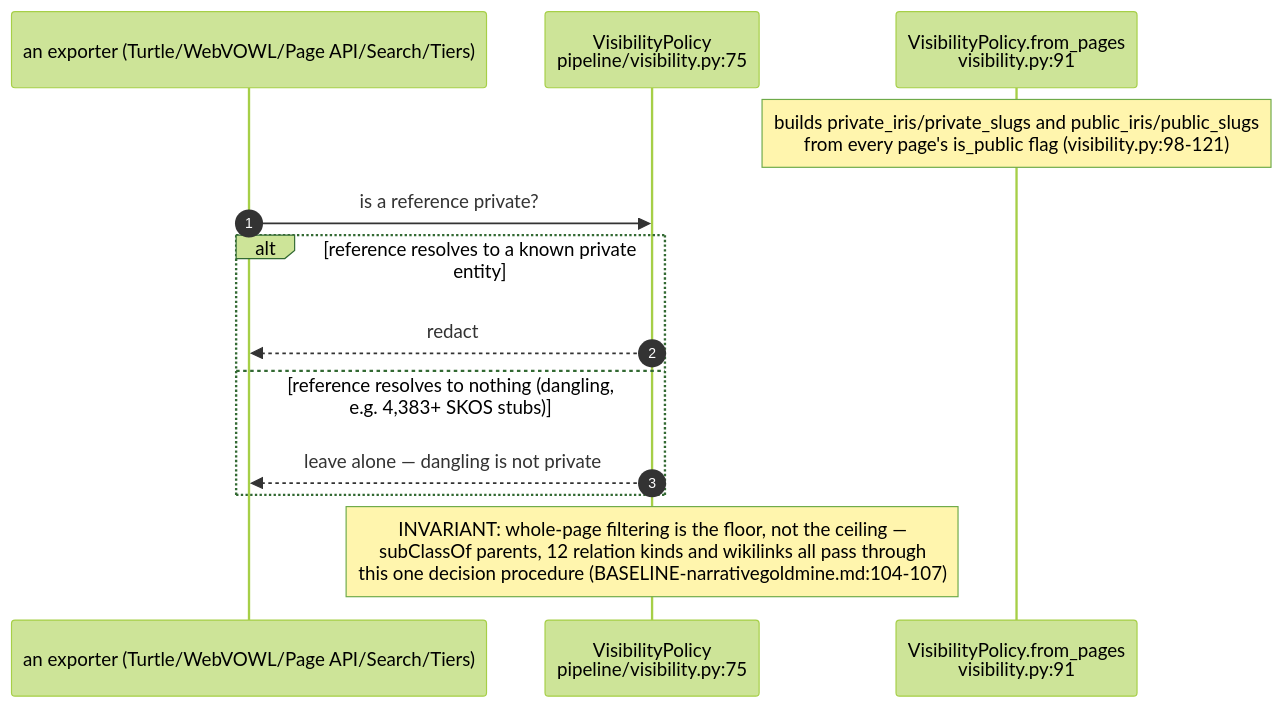
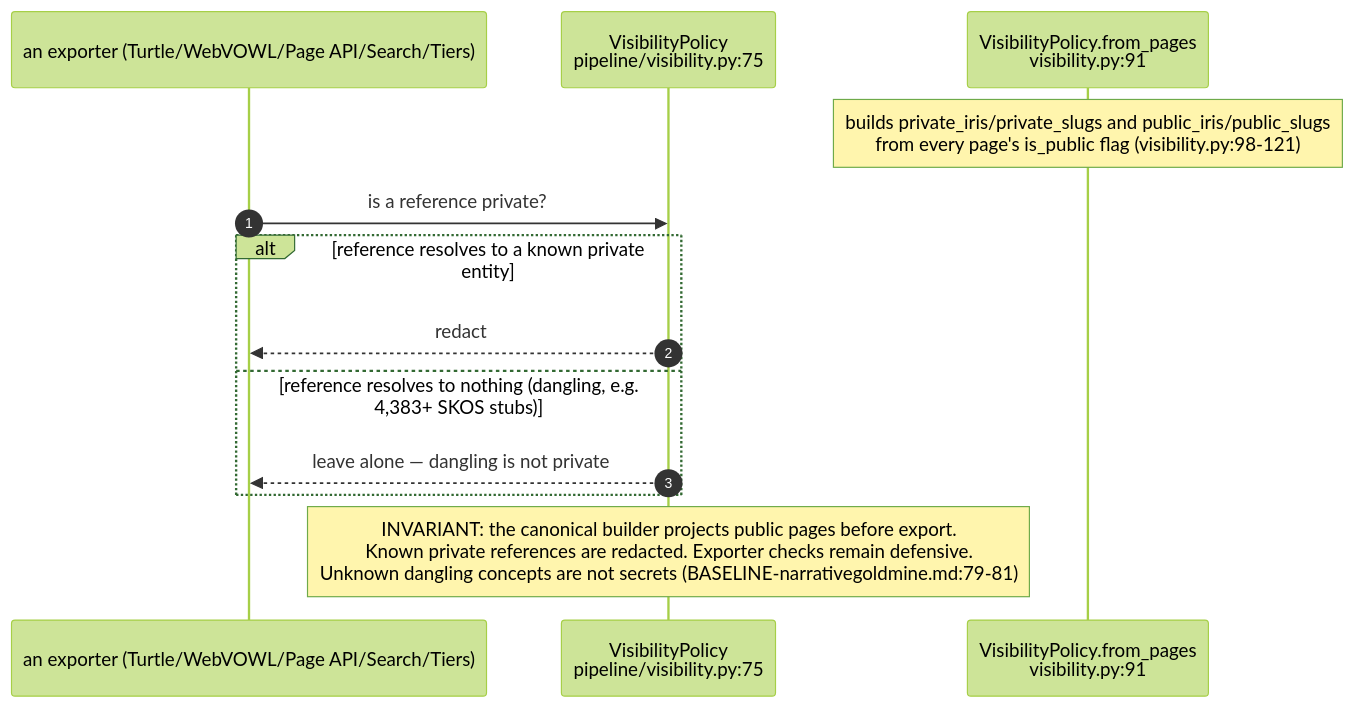
Before and after one commit to DreamLab-AI/VisionFlow: the fifth of 6 diagrams in docs/diagrams/knowledgegraph/02-corpus-to-ontology-pipeline.md, drawn with Mermaid (forest theme). The commit also changed other lines of this file and 149 other files, not shown here.

````diff
--- a/docs/diagrams/knowledgegraph/02-corpus-to-ontology-pipeline.md
+++ b/docs/diagrams/knowledgegraph/02-corpus-to-ontology-pipeline.md
@@ -119,16 +119,16 @@
 ```mermaid
 sequenceDiagram
     autonumber
     participant EXP as an exporter (Turtle/WebVOWL/Page API/Search/Tiers)
     participant POL as VisibilityPolicy<br/>pipeline/visibility.py:75
     participant BLD as VisibilityPolicy.from_pages<br/>visibility.py:91
 
     Note over BLD: builds private_iris/private_slugs and public_iris/public_slugs<br/>from every page's is_public flag (visibility.py:98-121)
     EXP->>POL: is a reference private?
     alt reference resolves to a known private entity
         POL-->>EXP: redact
     else reference resolves to nothing (dangling, e.g. 4,383+ SKOS stubs)
         POL-->>EXP: leave alone — dangling is not private
     end
-    Note over POL: INVARIANT: whole-page filtering is the floor, not the ceiling —<br/>subClassOf parents, 12 relation kinds and wikilinks all pass through<br/>this one decision procedure (BASELINE-narrativegoldmine.md:104-107)
+    Note over POL: INVARIANT: the canonical builder projects public pages before export.<br/>Known private references are redacted. Exporter checks remain defensive.<br/>Unknown dangling concepts are not secrets (BASELINE-narrativegoldmine.md:79-81)
 ```
````
